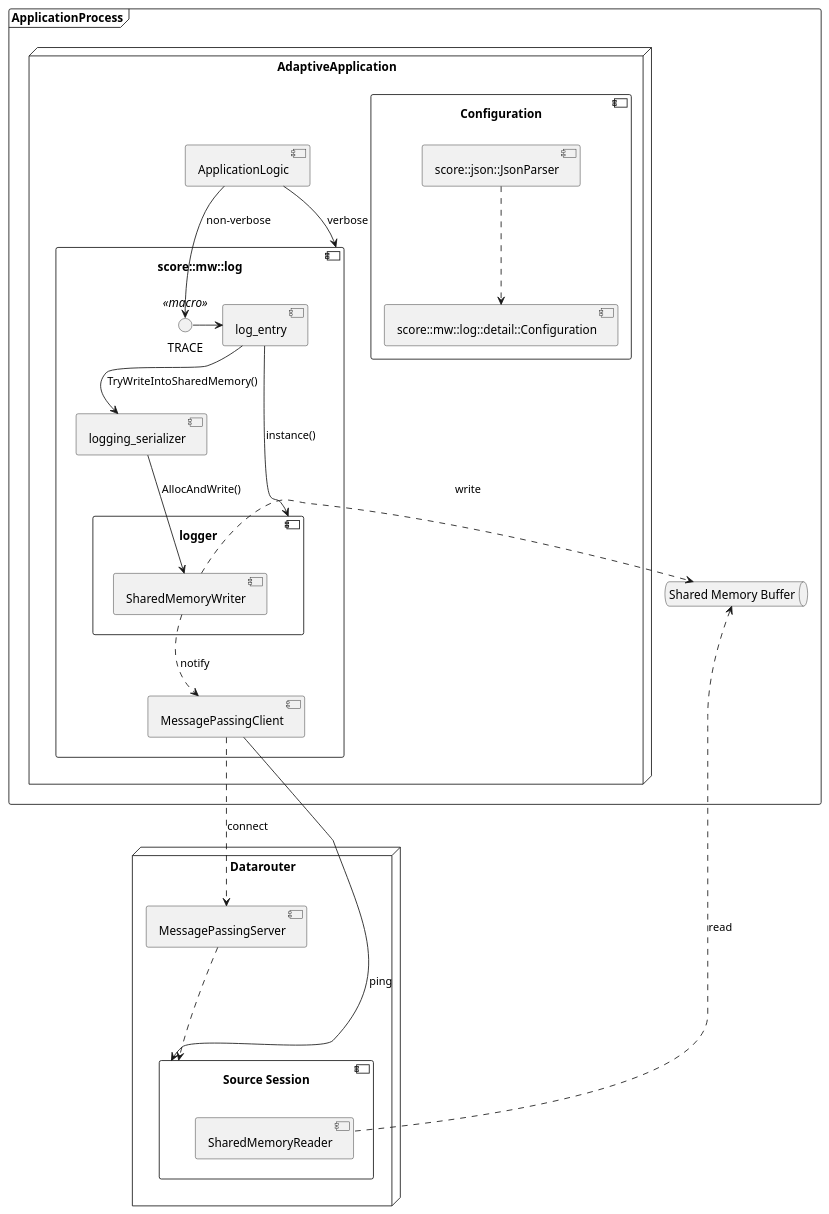
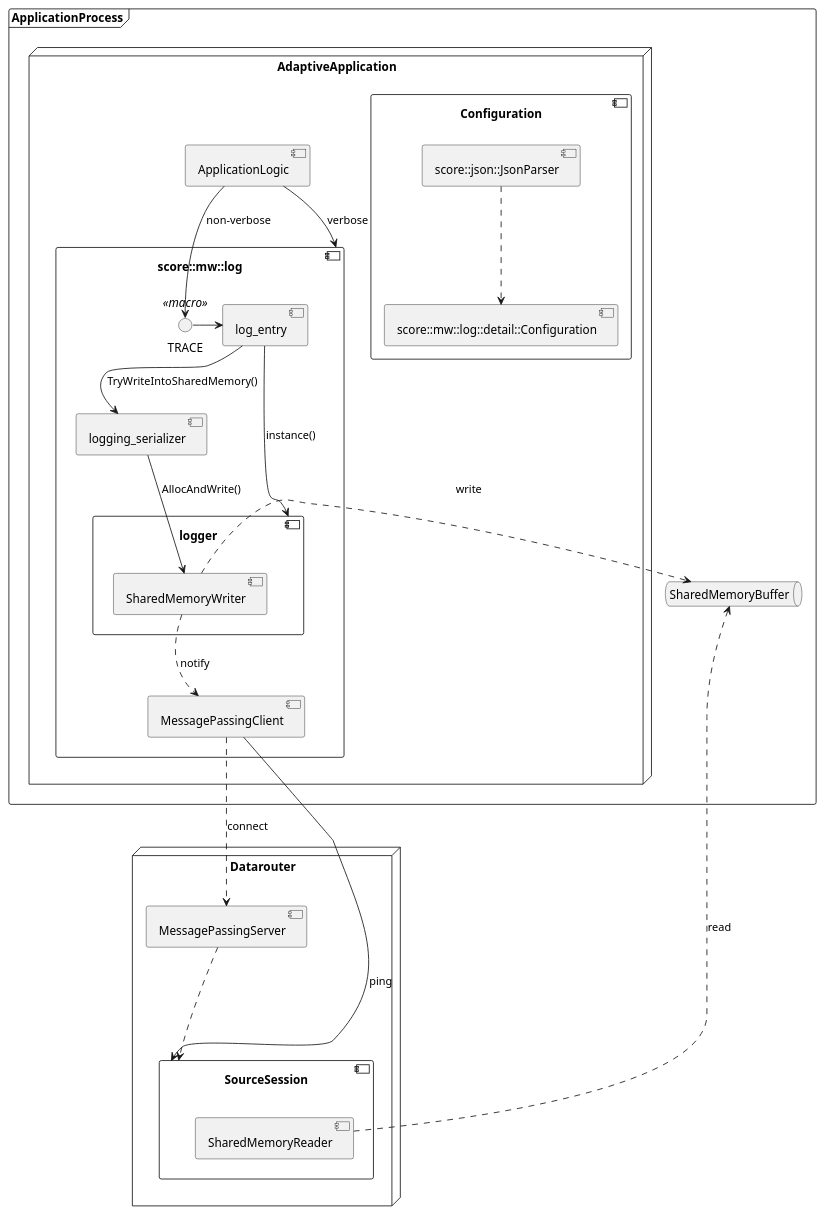
The diagram in score/datarouter/doc/design/uml/context-sw-units.puml (eclipse-score/logging), drawn with PlantUML before and after one commit. The commit also changed 7 other files, not shown here.

```diff
--- a/score/datarouter/doc/design/uml/context-sw-units.puml
+++ b/score/datarouter/doc/design/uml/context-sw-units.puml
@@ -14,54 +14,54 @@
 @startuml
 
 frame ApplicationProcess {
   node AdaptiveApplication {
     component ApplicationLogic
     component "score::mw::log" as mwlog {
       component log_entry
       component "logging_serializer" as serializer
       component logger {
         component SharedMemoryWriter
       }
 
       component MessagePassingClient
       SharedMemoryWriter ..> MessagePassingClient : notify
 
       interface TRACE <<macro>>
 
       TRACE -> log_entry
       log_entry --> serializer : TryWriteIntoSharedMemory()
       serializer --> SharedMemoryWriter : AllocAndWrite()
       log_entry --> logger : instance()
 
     }
 
     component "Configuration" {
       component "score::mw::log::detail::Configuration" as LogConfig
       component "score::json::JsonParser" as ConfigReader
     }
 
     ConfigReader ..> LogConfig
 
     ApplicationLogic --> mwlog : verbose
     ApplicationLogic --> TRACE : non-verbose
   }
 
-  queue "Shared Memory Buffer" as RB
+  queue "SharedMemoryBuffer" as RB
 }
 
 node "Datarouter"{
   component MessagePassingServer
-  component "Source Session" as session {
+  component "SourceSession" as session {
     component SharedMemoryReader
   }
 
   MessagePassingServer ...> session
 }
 
 MessagePassingClient ..> MessagePassingServer: connect
 MessagePassingClient -> session: ping
 
 SharedMemoryWriter .> RB : write
 RB <. SharedMemoryReader : read
 
 @enduml
```
